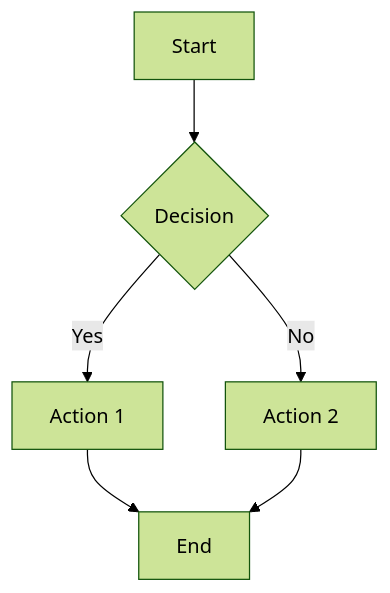
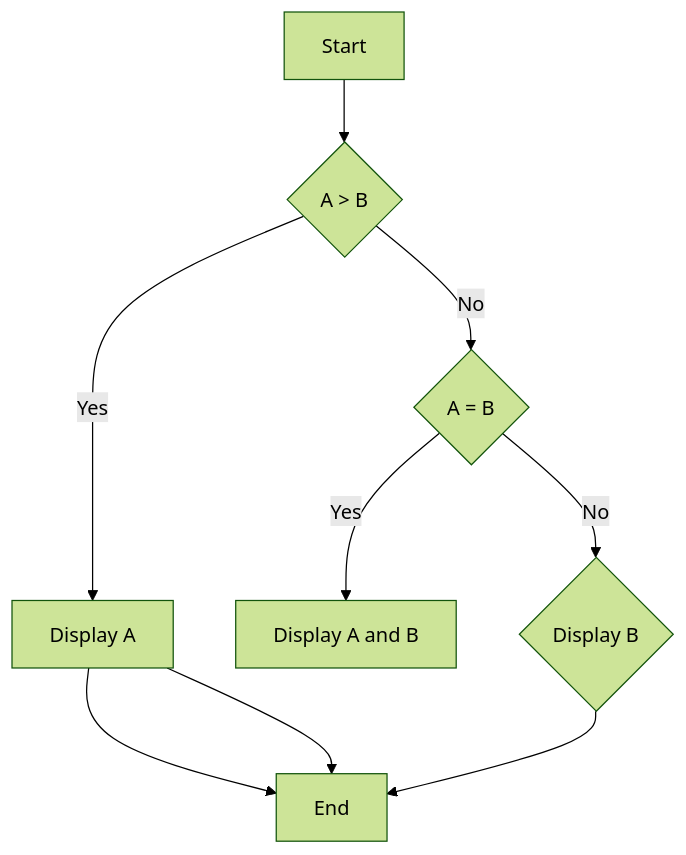
Before and after one commit to hoss-java/html-css-workshop: the diagram in README.md, drawn with Mermaid (forest theme).

Commit message:
[W45-009] Html & css Workshop files - update readme patch 3

````diff
--- a/README.md
+++ b/README.md
@@ -30,8 +30,11 @@
 ```mermaid
 flowchart TD
-  A[Start] --> B{Decision}
-  B -- Yes --> C[Action 1]
-  B -- No  --> D[Action 2]
-  C --> E[End]
-  D --> E
+  A[Start] --> B{A > B}
+  B -- Yes --> C[Display A]
+  C --> Z[End]
+  B -- No  --> D{A = B}
+  D -- Yes --> E[Display A and B]
+  D -- No  --> F{Display B}
+  C --> Z
+  F --> Z
 ```
````
